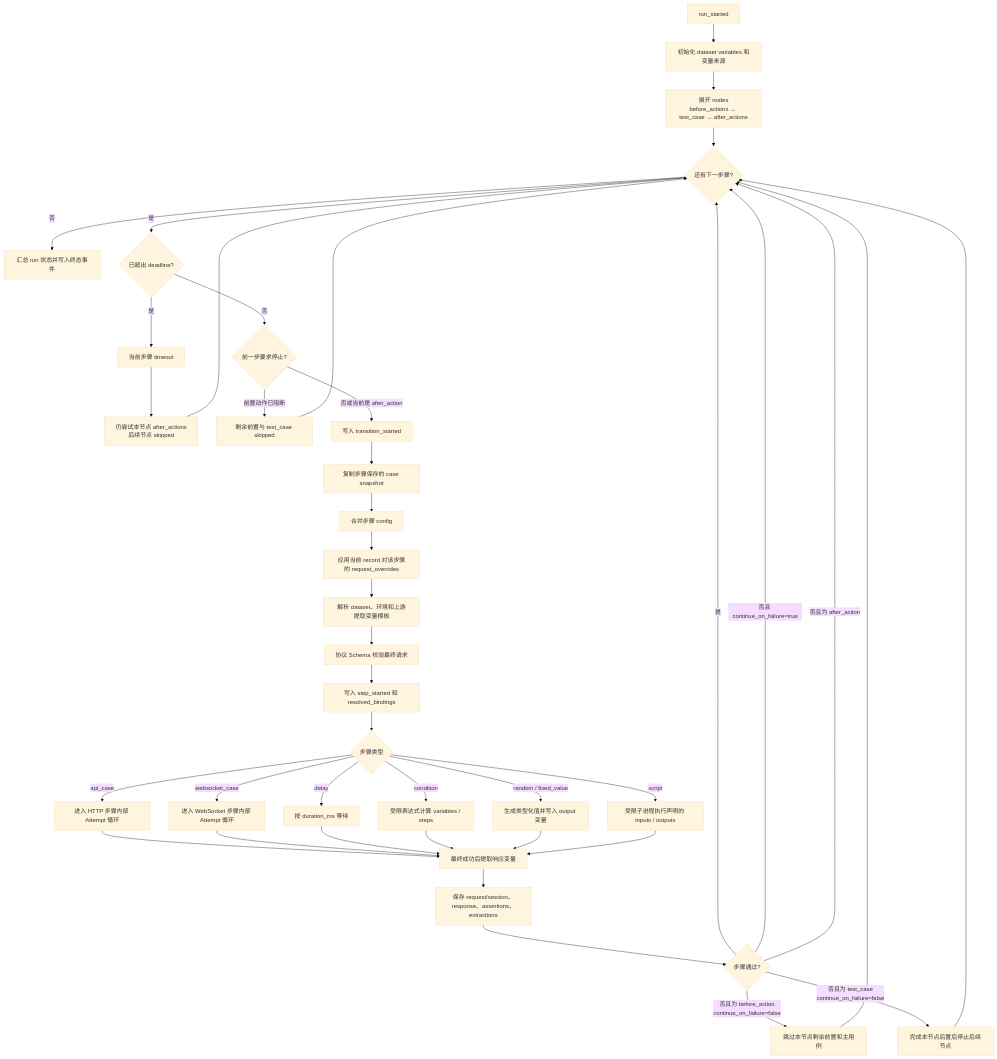
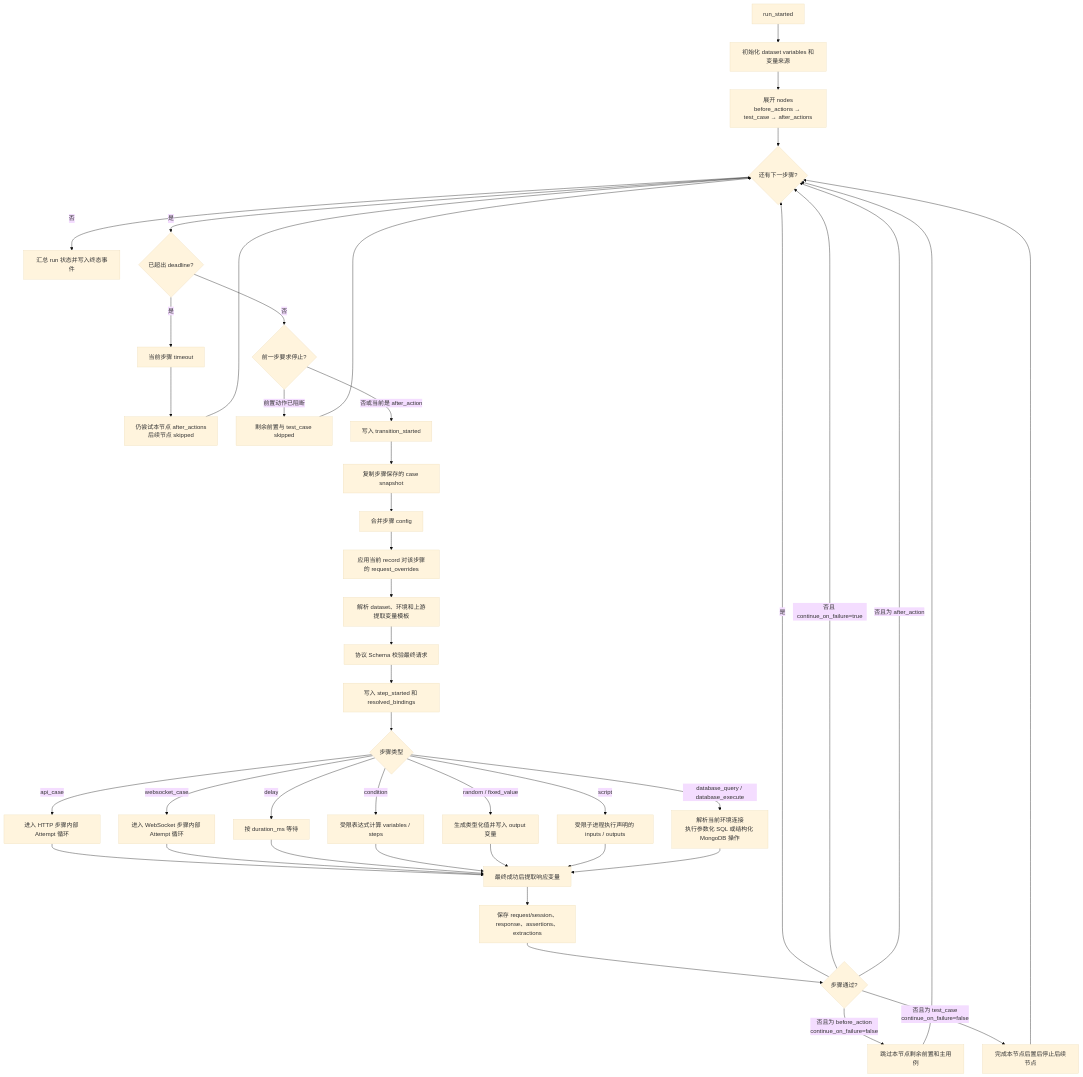
Before and after one commit to hl8951593-design/test_platform_backend: the second of 5 diagrams in docs/scenario_execution_graph.md, drawn with Mermaid (base theme). The commit also changed 152 other files, not shown here.

````diff
--- a/docs/scenario_execution_graph.md
+++ b/docs/scenario_execution_graph.md
@@ -49,49 +49,51 @@
 ```mermaid
 flowchart TD
     A["run_started"] --> B["初始化 dataset variables 和变量来源"]
     B --> B1["展开 nodes<br/>before_actions → test_case → after_actions"]
     B1 --> C{"还有下一步骤?"}
     C -->|"否"| Z["汇总 run 状态并写入终态事件"]
     C -->|"是"| D{"已超出 deadline?"}
 
     D -->|"是"| E["当前步骤 timeout"]
     E --> F["仍尝试本节点 after_actions<br/>后续节点 skipped"]
     F --> C
 
     D -->|"否"| G{"前一步要求停止?"}
     G -->|"前置动作已阻断"| H["剩余前置与 test_case skipped"]
     H --> C
     G -->|"否或当前是 after_action"| I["写入 transition_started"]
 
     I --> J["复制步骤保存的 case snapshot"]
     J --> K["合并步骤 config"]
     K --> L["应用当前 record 对该步骤的 request_overrides"]
     L --> M["解析 dataset、环境和上游提取变量模板"]
     M --> N["协议 Schema 校验最终请求"]
     N --> O["写入 step_started 和 resolved_bindings"]
     O --> P{"步骤类型"}
 
     P -->|"api_case"| Q["进入 HTTP 步骤内部 Attempt 循环"]
     P -->|"websocket_case"| R["进入 WebSocket 步骤内部 Attempt 循环"]
     P -->|"delay"| S["按 duration_ms 等待"]
     P -->|"condition"| T["受限表达式计算 variables / steps"]
     P -->|"random / fixed_value"| T1["生成类型化值并写入 output 变量"]
     P -->|"script"| T2["受限子进程执行声明的 inputs / outputs"]
+    P -->|"database_query / database_execute"| T3["解析当前环境连接<br/>执行参数化 SQL 或结构化 MongoDB 操作"]
 
     Q --> U["最终成功后提取响应变量"]
     R --> U
     S --> U
     T --> U
     T1 --> U
     T2 --> U
+    T3 --> U
     U --> V["保存 request/session、response、assertions、extractions"]
     V --> W{"步骤通过?"}
 
     W -->|"是"| C
     W -->|"否且 continue_on_failure=true"| C
     W -->|"否且为 before_action<br/>continue_on_failure=false"| X["跳过本节点剩余前置和主用例"]
     W -->|"否且为 test_case<br/>continue_on_failure=false"| X1["完成本节点后置后停止后续节点"]
     W -->|"否且为 after_action"| C
     X --> C
     X1 --> C
 ```
````
